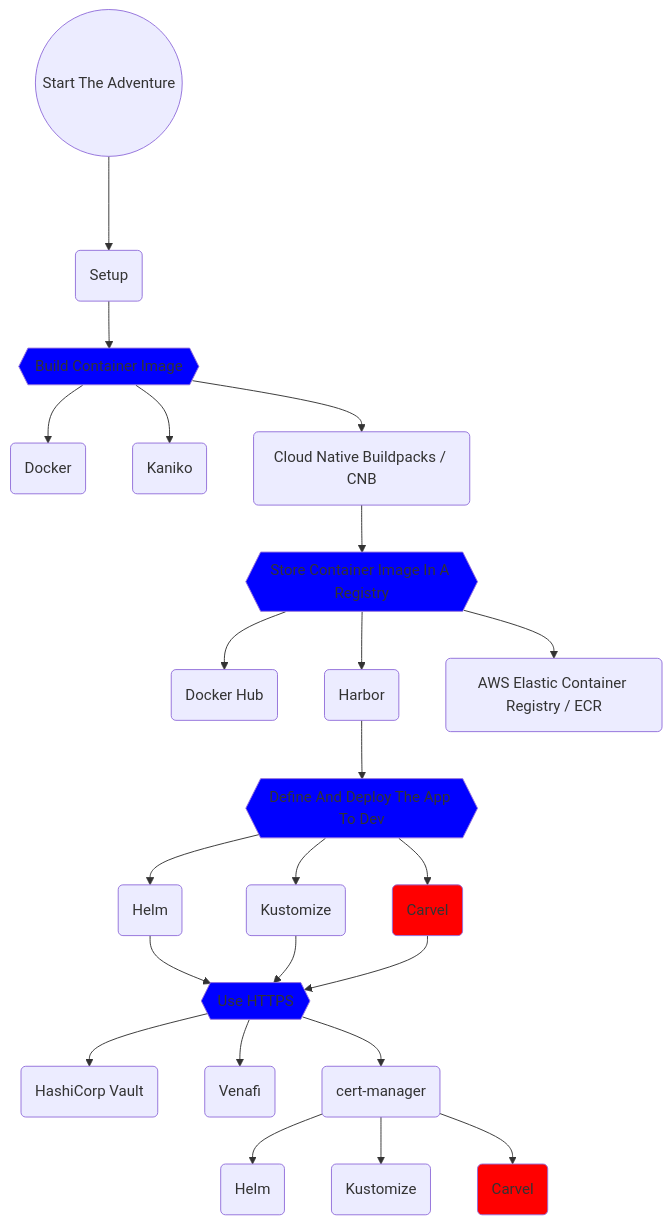
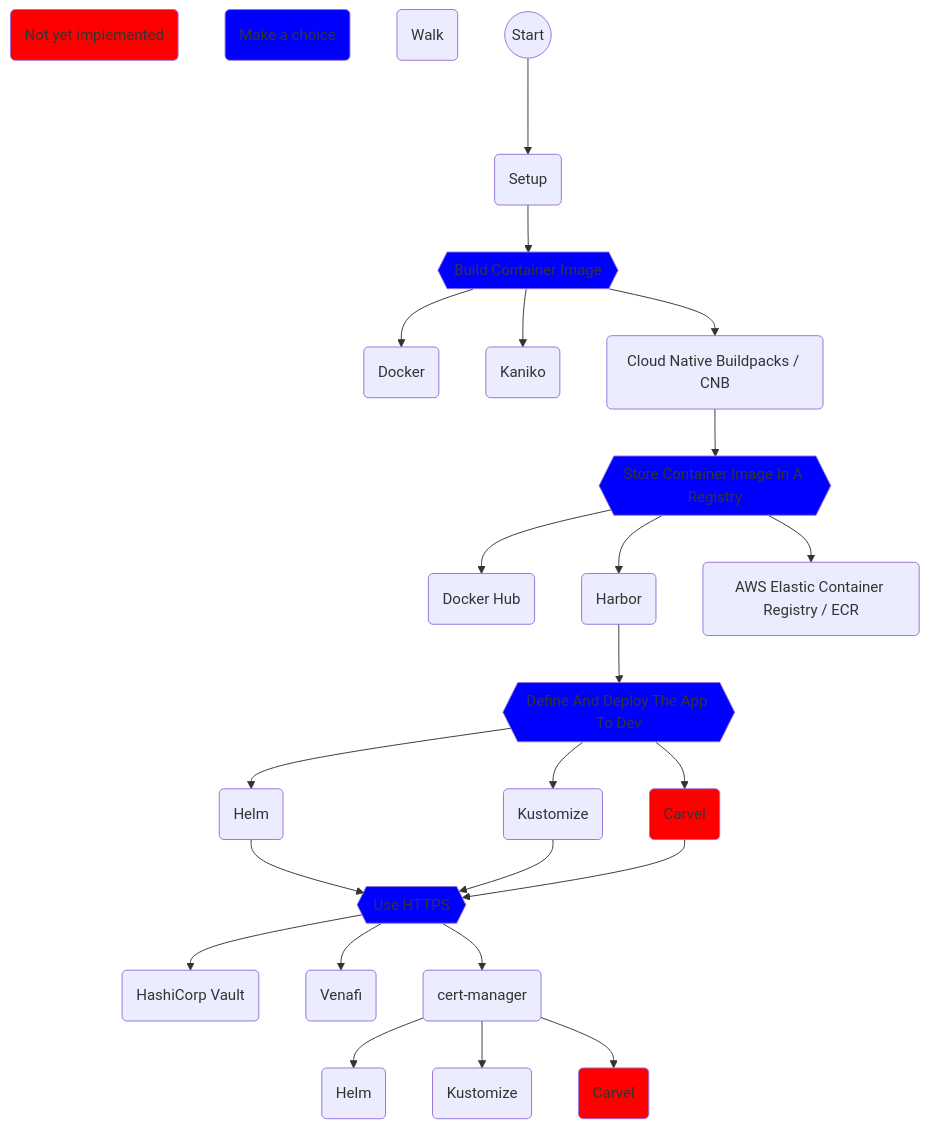
The diagram in solution.md (vfarcic/cncf-demo), drawn with Mermaid before and after one commit.

````diff
--- a/solution.md
+++ b/solution.md
@@ -3,7 +3,13 @@
 ```mermaid
 flowchart TD;
 
-    start((Start The Adventure))
+    red(Not yet implemented)
+    style red fill:red
+    blue(Make a choice)
+    style blue fill:blue
+    transparent(Walk)
+
+    start((Start))
 
     start--->setup
 
````
